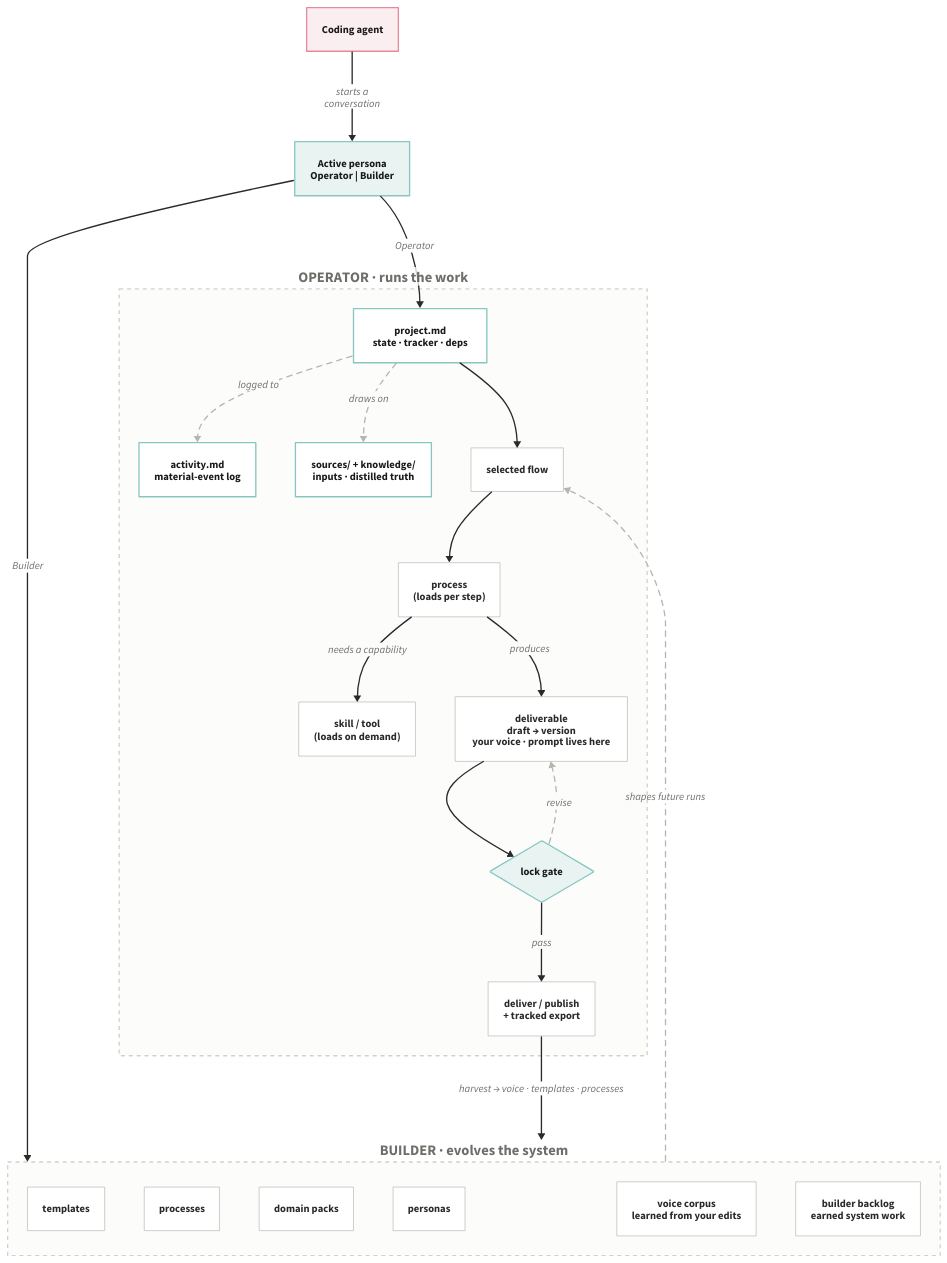
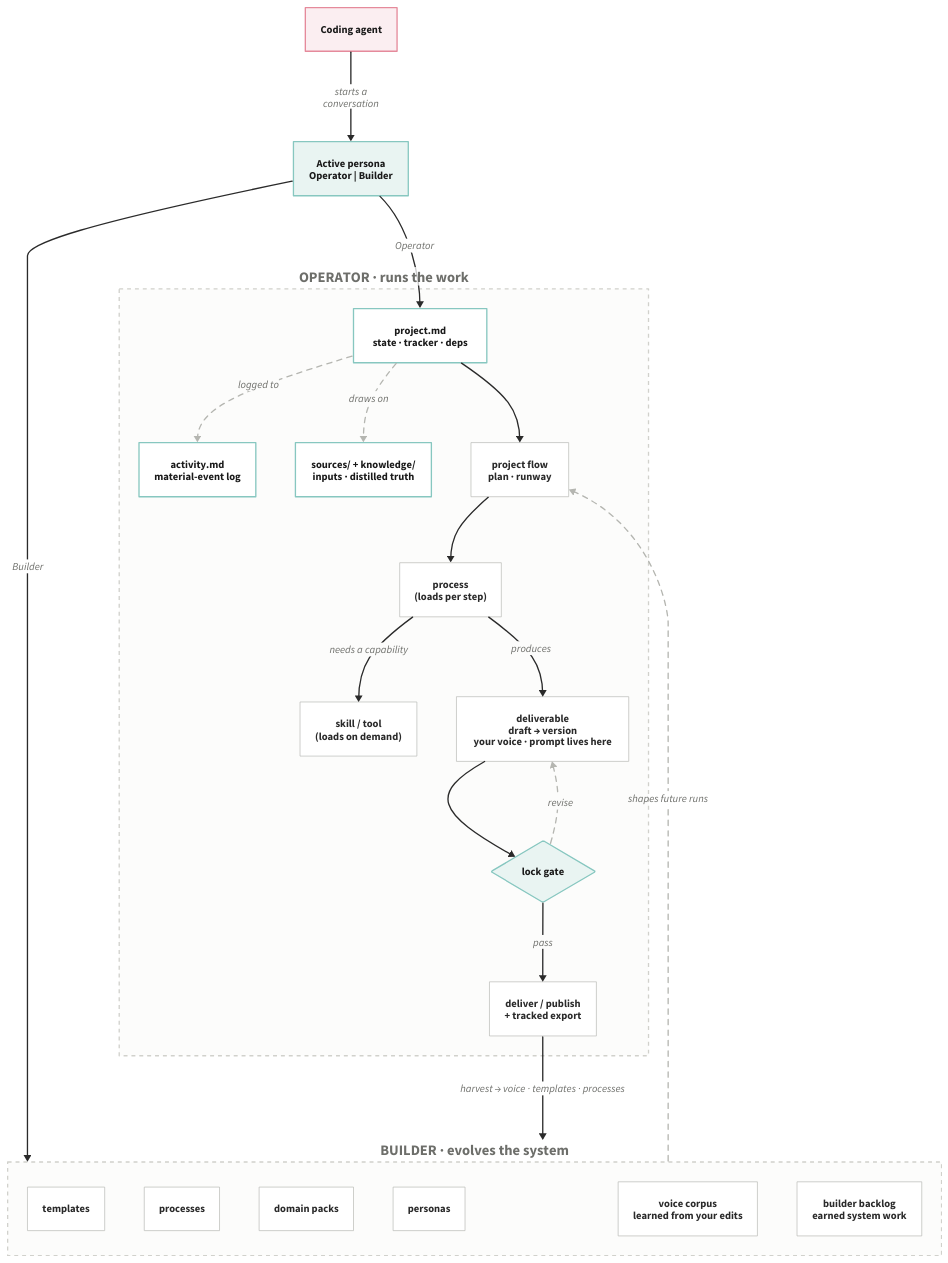
The diagram in .github/readme-assets/architecture-flow.d2 (situhacks/agentframe), drawn with D2 before and after one commit. The commit also changed 94 other files, not shown here.

```diff
--- a/.github/readme-assets/architecture-flow.d2
+++ b/.github/readme-assets/architecture-flow.d2
@@ -1,70 +1,70 @@
 # AgentFrame architecture flow — the whole system at a glance.
 # Top level flows left→right as zones; the Operator zone folds DOWNWARD inside
 # its column so the long run doesn't stretch into a ribbon.
 # Palette: Agent Architecture POV design language.
 #   teal #87c7c0 = system / structure   pink #e58a9b = entry / human moment
 #   ink #1a1a1a = type   white canvas   grey accents only   NO blue
 
 direction: down
 
 classes: {
   entry:   { style: { fill: "#fbeef1"; stroke: "#e58a9b"; font-color: "#1a1a1a"; bold: true; stroke-width: 2 } }
   persona: { style: { fill: "#e9f4f2"; stroke: "#87c7c0"; font-color: "#1a1a1a"; bold: true; stroke-width: 2 } }
   node:    { style: { fill: "#ffffff"; stroke: "#b5b6b1"; font-color: "#2a2a2a"; stroke-width: 1 } }
   state:   { style: { fill: "#ffffff"; stroke: "#87c7c0"; font-color: "#1a1a1a"; stroke-width: 2 } }
   gate:    { shape: diamond; style: { fill: "#e9f4f2"; stroke: "#87c7c0"; font-color: "#1a1a1a"; bold: true } }
   reader:  { style: { fill: "#f0f0f0"; stroke: "#b5b6b1"; font-color: "#6d6e6a"; italic: true } }
   grp:     { style: { fill: "#fcfcfb"; stroke: "#d1d1cc"; font-color: "#6d6e6a"; stroke-dash: 3; bold: true; font-size: 22 } }
   link:    { style: { stroke: "#2a2a2a"; font-color: "#6d6e6a" } }
   soft:    { style: { stroke: "#b5b6b1"; font-color: "#6d6e6a"; stroke-dash: 4 } }
 }
 
 # ---- entry column ----
 agent: Coding agent { class: entry }
 persona: "Active persona\nOperator | Builder" { class: persona }
 agent -> persona: starts a\nconversation { class: link }
 
 # ---- OPERATOR zone (folds downward) ----
 operator: "OPERATOR  ·  runs the work" {
   class: grp
   direction: down
 
   project: "project.md\nstate · tracker · deps" { class: state }
   activity: "activity.md\nmaterial-event log" { class: state }
   substrate: "sources/ + knowledge/\ninputs · distilled truth" { class: state }
-  flow: "selected flow" { class: node }
+  plan: "project flow\nplan · runway" { class: node }
   process: "process\n(loads per step)" { class: node }
   skill: "skill / tool\n(loads on demand)" { class: node }
   draft: "deliverable\ndraft → version\nyour voice · prompt lives here" { class: node }
   lock: lock gate { class: gate }
   deliver: "deliver / publish\n+ tracked export" { class: node }
 
   project -> activity: logged to { class: soft }
   project -> substrate: draws on { class: soft }
-  project -> flow: { class: link }
-  flow -> process: { class: link }
+  project -> plan: { class: link }
+  plan -> process: { class: link }
   process -> skill: needs a capability { class: link }
   process -> draft: produces { class: link }
   draft -> lock: { class: link }
   lock -> deliver: pass { class: link }
   lock -> draft: revise { class: soft }
 }
 
 # ---- BUILDER zone (folds downward) ----
 builder: "BUILDER  ·  evolves the system" {
   class: grp
   direction: down
   templates: templates { class: node }
   processes: processes { class: node }
   packs: "domain packs" { class: node }
   personas: personas { class: node }
   voice: "voice corpus\nlearned from your edits" { class: node }
   backlog: "builder backlog\nearned system work" { class: node }
 }
 
 # ---- cross-zone wiring (kept minimal) ----
 persona -> operator.project: Operator { class: link }
 persona -> builder: Builder { class: link }
 
 operator.deliver -> builder: "harvest → voice · templates · processes" { class: link }
-builder -> operator.flow: shapes future runs { class: soft }
+builder -> operator.plan: shapes future runs { class: soft }
```
